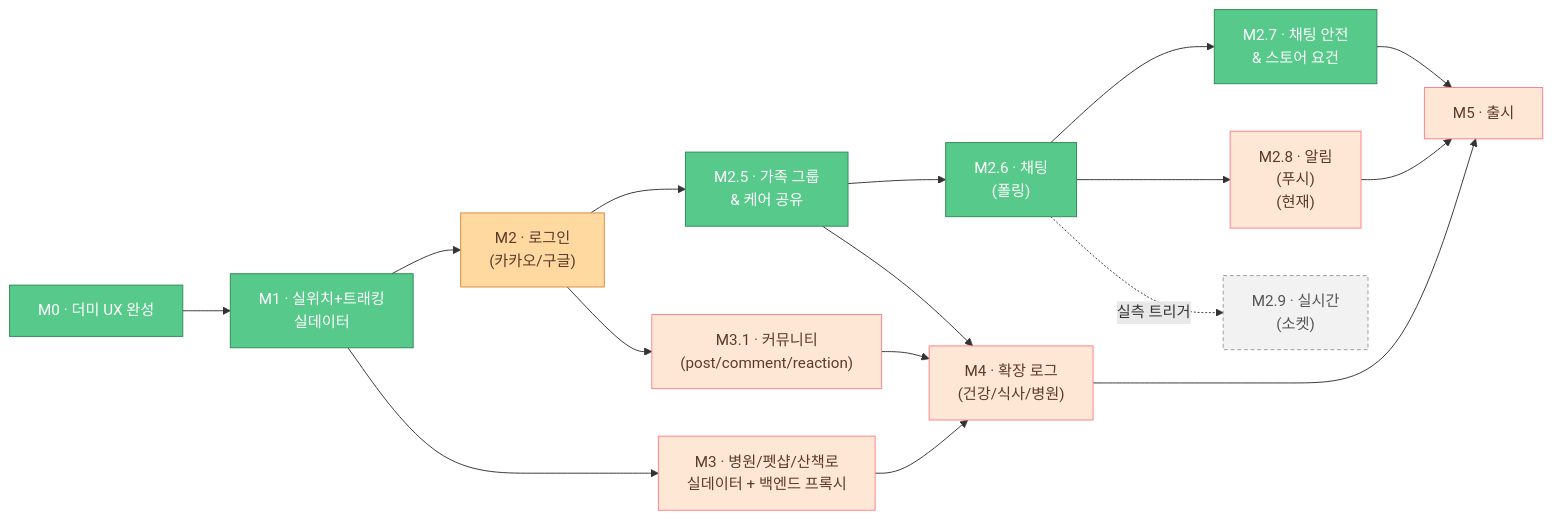
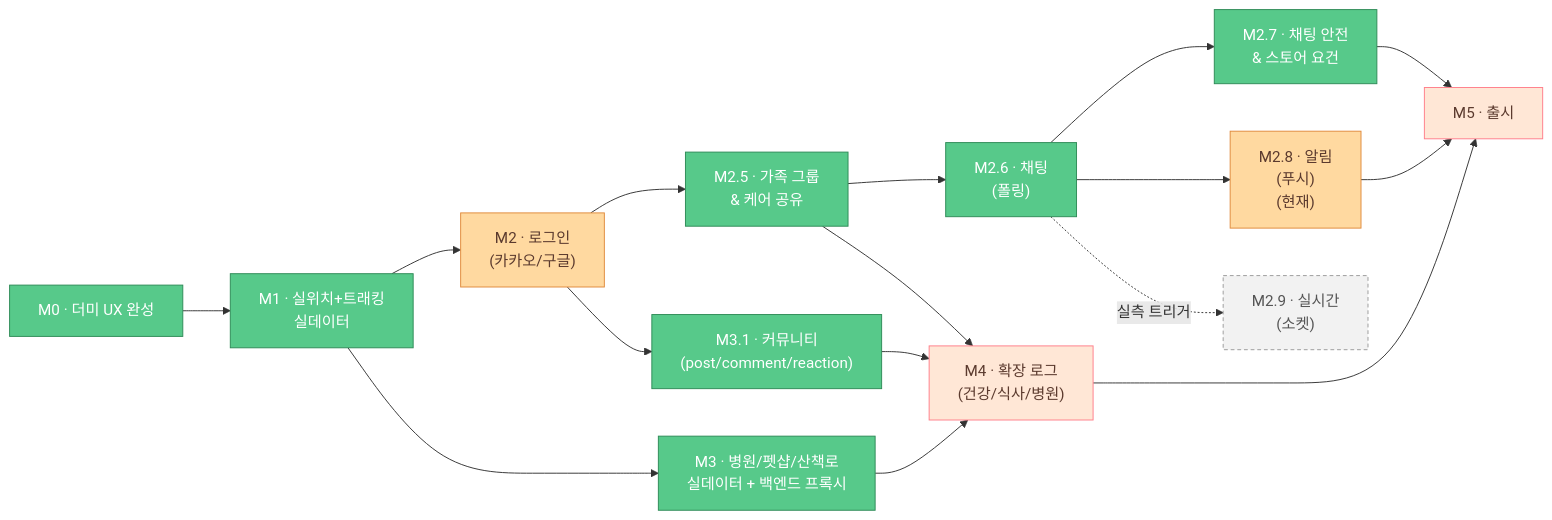
The diagram in docs/05-build/roadmap.md (sanghyunbang/pawloop), drawn with Mermaid before and after one commit. The commit also changed other lines of this file and 10 other files, not shown here.

````diff
--- a/docs/05-build/roadmap.md
+++ b/docs/05-build/roadmap.md
@@ -334,27 +334,27 @@
 ```mermaid
 flowchart LR
     M0["M0 · 더미 UX 완성"] --> M1["M1 · 실위치+트래킹<br/>실데이터"]
     M1 --> M2["M2 · 로그인<br/>(카카오/구글)"]
     M1 --> M3["M3 · 병원/펫샵/산책로<br/>실데이터 + 백엔드 프록시"]
     M2 --> M25["M2.5 · 가족 그룹<br/>& 케어 공유"]
     M25 --> M26["M2.6 · 채팅<br/>(폴링)"]
     M26 --> M27["M2.7 · 채팅 안전<br/>& 스토어 요건"]
     M26 --> M28["M2.8 · 알림<br/>(푸시)<br/>(현재)"]
     M26 -.실측 트리거.-> M29["M2.9 · 실시간<br/>(소켓)"]
     M25 --> M4["M4 · 확장 로그<br/>(건강/식사/병원)"]
     M2 --> M31["M3.1 · 커뮤니티<br/>(post/comment/reaction)"]
     M31 --> M4
     M3 --> M4
     M4 --> M5["M5 · 출시"]
     M27 --> M5
     M28 --> M5
 
     classDef done fill:#57C98A,stroke:#2E8B57,color:#fff;
     classDef todo fill:#FFE7D6,stroke:#FF7E8A,color:#5b3a2e;
     classDef wip fill:#FFD9A0,stroke:#E08A3C,color:#5b3a2e;
     classDef gated fill:#F2F2F2,stroke:#9A9A9A,color:#555,stroke-dasharray: 4 3;
-    class M0,M1,M25,M26,M27 done;
-    class M2 wip;
-    class M28,M3,M31,M4,M5 todo;
+    class M0,M1,M25,M26,M27,M3,M31 done;
+    class M2,M28 wip;
+    class M4,M5 todo;
     class M29 gated;
 ```
````
